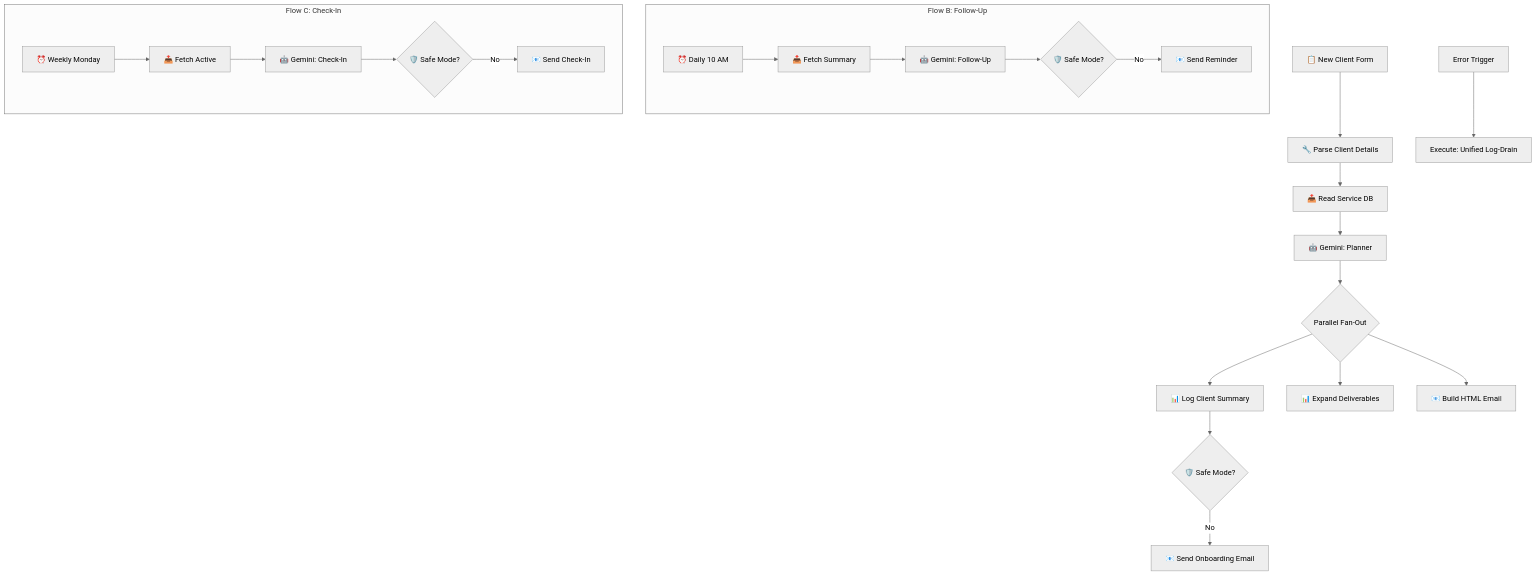
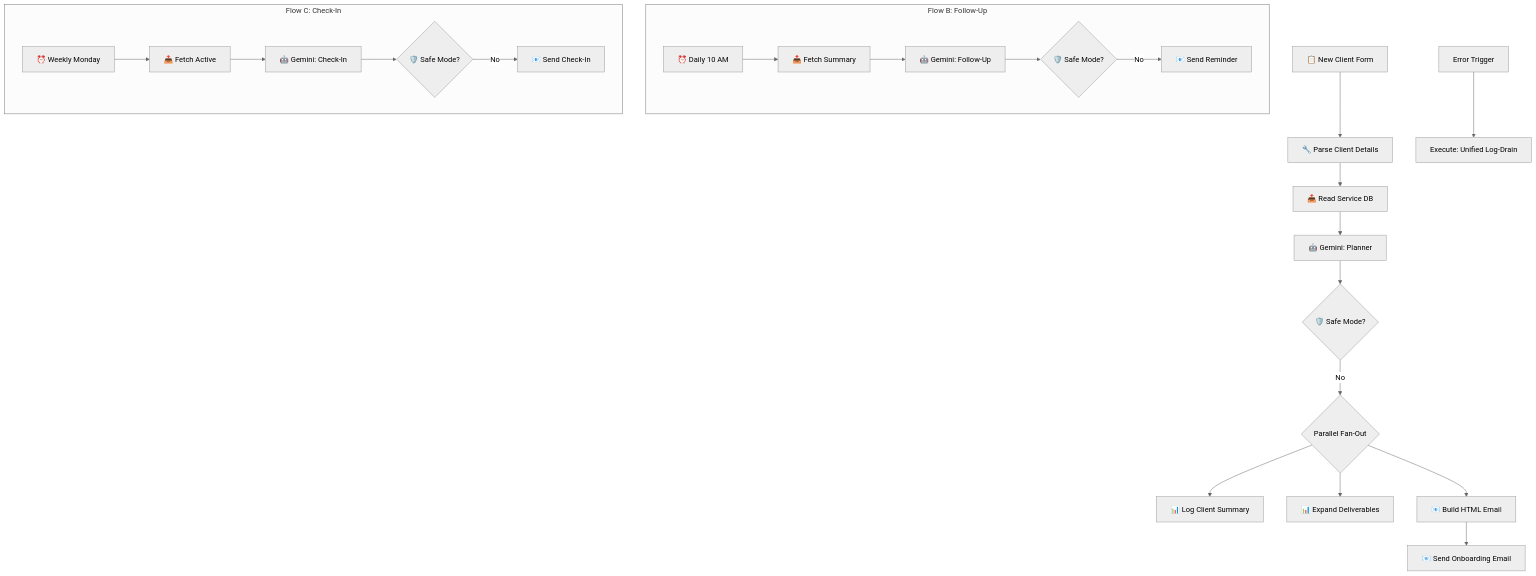
Before and after one commit to kspandian32-sudo/Enterprise-n8n-Architectures: the diagram in layer-4-execution/onboarding-machine/README.md, drawn with Mermaid (neutral theme). The commit also changed 2 other files, not shown here.

Commit message:
fix: resolve critical Safe Mode wiring and credential case-sensitivity (v7.6 Resilient Audit)

````diff
--- a/layer-4-execution/onboarding-machine/README.md
+++ b/layer-4-execution/onboarding-machine/README.md
@@ -7,30 +7,30 @@
 ```mermaid
 graph TD
     Trigger[📋 New Client Form] --> Parse[🔧 Parse Client Details]
     Parse --> DB[📥 Read Service DB]
     DB --> Gemini[🤖 Gemini: Planner]
-    Gemini --> FanOut{Parallel Fan-Out}
+    Gemini --> SafeMode1{🛡️ Safe Mode?}
+    SafeMode1 -- No --> FanOut{Parallel Fan-Out}
     
     FanOut --> CRM[📊 Log Client Summary]
     FanOut --> Tasks[📊 Expand Deliverables]
     FanOut --> EmailEngine[📧 Build HTML Email]
     
-    CRM --> SafeMode1{🛡️ Safe Mode?}
-    SafeMode1 -- No --> Send1[📧 Send Onboarding Email]
+    EmailEngine --> Send1[📧 Send Onboarding Email]
     
     subgraph Flow_B[Flow B: Follow-Up]
         TriggerB[⏰ Daily 10 AM] --> FetchB[📥 Fetch Summary]
         FetchB --> GeminiB[🤖 Gemini: Follow-Up]
         GeminiB --> SafeMode2{🛡️ Safe Mode?}
         SafeMode2 -- No --> Send2[📧 Send Reminder]
     end
     
     subgraph Flow_C[Flow C: Check-In]
         TriggerC[⏰ Weekly Monday] --> FetchC[📥 Fetch Active]
         FetchC --> GeminiC[🤖 Gemini: Check-In]
         GeminiC --> SafeMode3{🛡️ Safe Mode?}
         SafeMode3 -- No --> Send3[📧 Send Check-In]
     end
     
     Error[Error Trigger] --> Drain[Execute: Unified Log-Drain]
 ```
````
